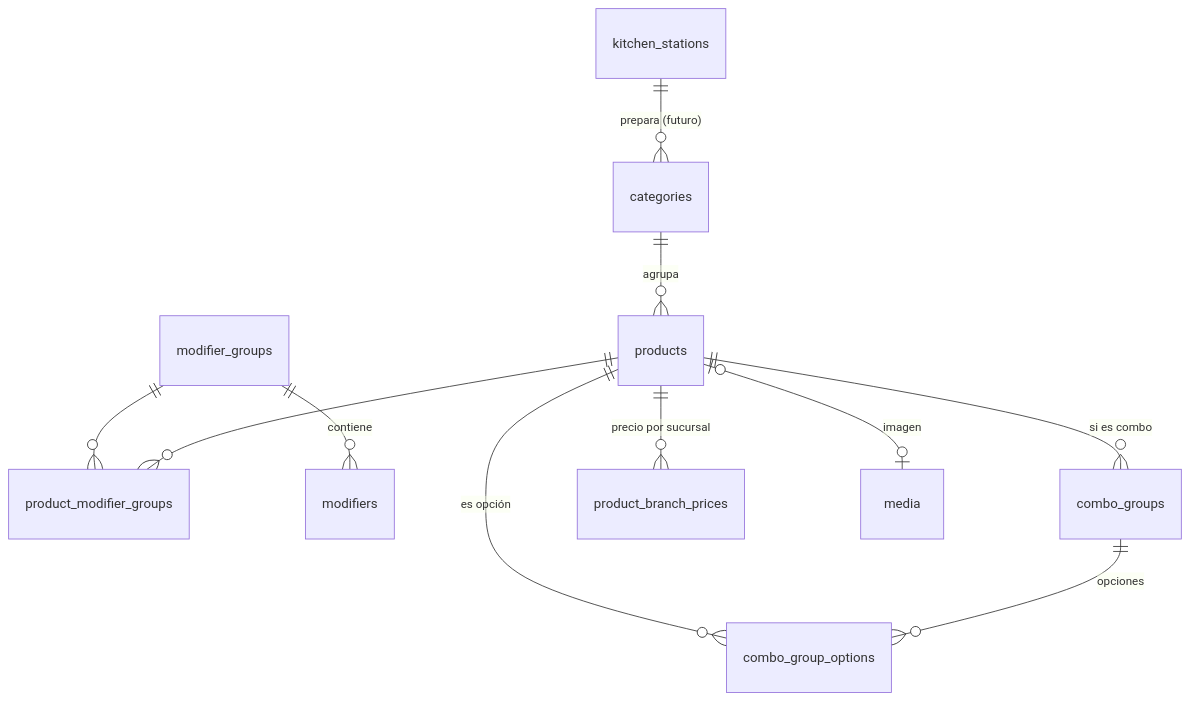
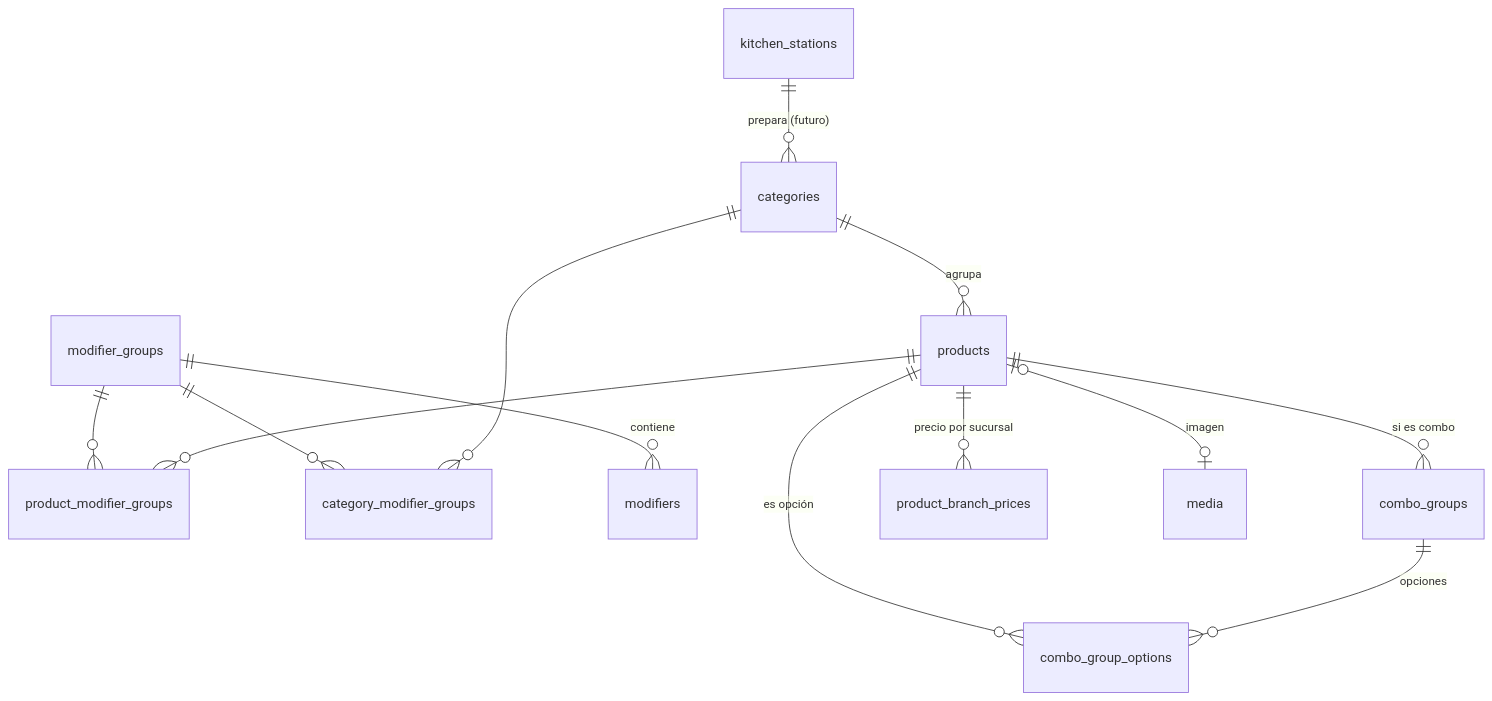
The second of 6 diagrams in Docs/07-modelo-de-datos.md (PabloReyes1/mise-by-rengo), drawn with Mermaid before and after one commit. The commit also changed other lines of this file and 18 other files, not shown here.

Commit message:
feat: modifier groups by category

````diff
--- a/Docs/07-modelo-de-datos.md
+++ b/Docs/07-modelo-de-datos.md
@@ -49,13 +49,15 @@
 ```mermaid
 erDiagram
     categories ||--o{ products : agrupa
     kitchen_stations ||--o{ categories : "prepara (futuro)"
     products ||--o{ product_modifier_groups : ""
     modifier_groups ||--o{ product_modifier_groups : ""
+    categories ||--o{ category_modifier_groups : ""
+    modifier_groups ||--o{ category_modifier_groups : ""
     modifier_groups ||--o{ modifiers : contiene
     products ||--o{ combo_groups : "si es combo"
     combo_groups ||--o{ combo_group_options : opciones
     products ||--o{ combo_group_options : "es opción"
     products ||--o{ product_branch_prices : "precio por sucursal"
     products |o--o| media : imagen
 ```
````
